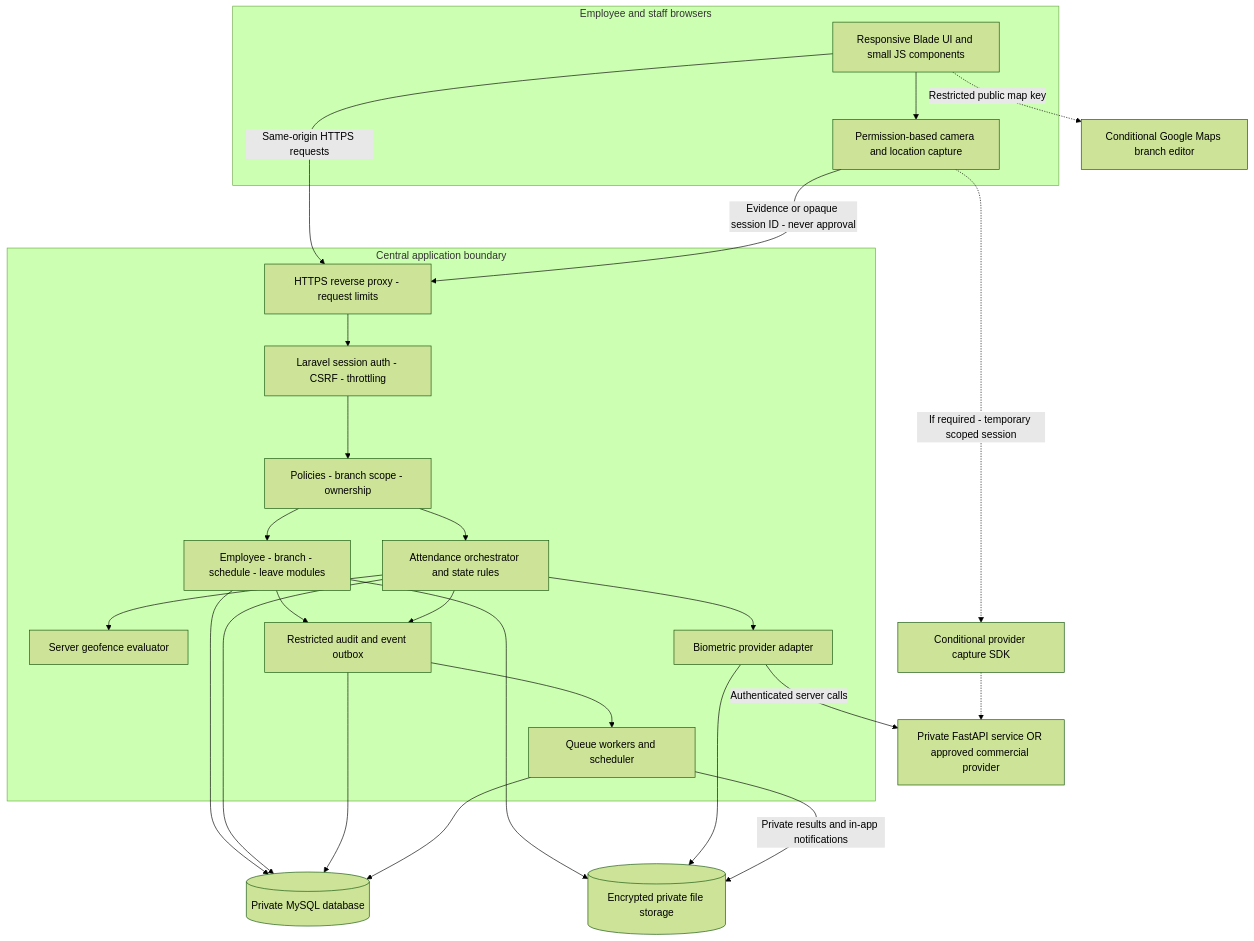
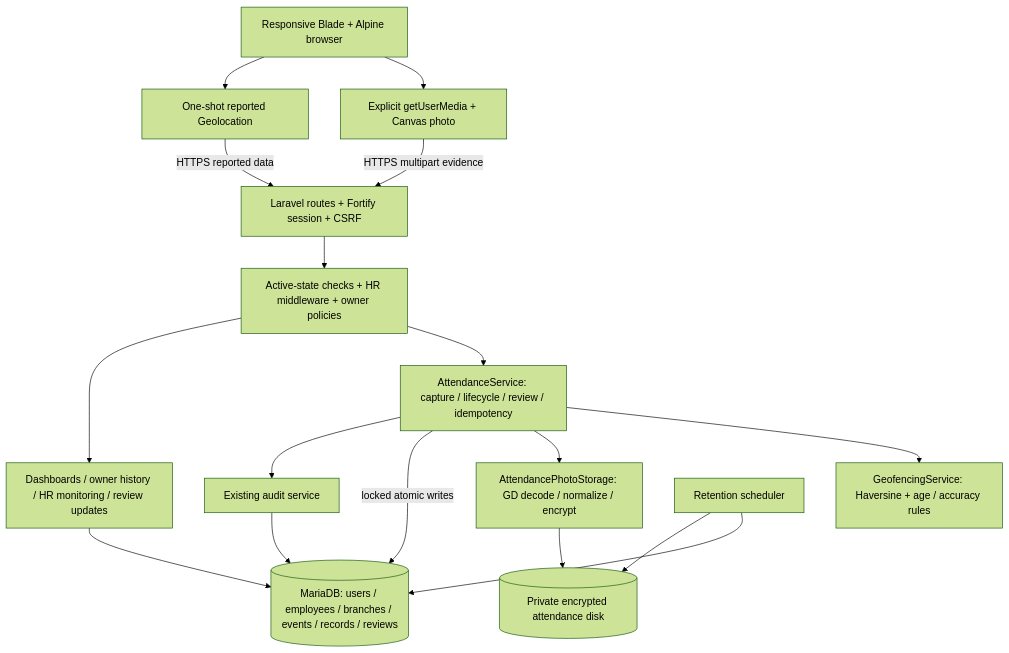
One commit to Xedeusz/Attendance_System changed the diagram in docs/SYSTEM_BLUEPRINT.md. Above: the diagram before and after it, drawn with Mermaid (forest theme). The commit also changed other lines of this file and 155 other files, not shown here.

````diff
--- a/docs/SYSTEM_BLUEPRINT.md
+++ b/docs/SYSTEM_BLUEPRINT.md
@@ -51,45 +68,28 @@
 ```mermaid
-flowchart TB
-    subgraph Devices[Employee and staff browsers]
-        UI[Responsive Blade UI and small JS components]
-        CAP[Permission-based camera and location capture]
-        UI --> CAP
-    end
-    subgraph App[Central application boundary]
-        EDGE[HTTPS reverse proxy - request limits]
-        AUTH[Laravel session auth - CSRF - throttling]
-        POLICY[Policies - branch scope - ownership]
-        CORE[Employee - branch - schedule - leave modules]
-        ATT[Attendance orchestrator and state rules]
-        GEO[Server geofence evaluator]
-        BIO[Biometric provider adapter]
-        AUD[Restricted audit and event outbox]
-        JOB[Queue workers and scheduler]
-        EDGE --> AUTH --> POLICY
-        POLICY --> CORE
-        POLICY --> ATT
-        ATT --> GEO
-        ATT --> BIO
-        CORE --> AUD
-        ATT --> AUD
-        AUD --> JOB
-    end
-    DB[(Private MySQL database)]
-    STORE[(Encrypted private file storage)]
-    BP[Private FastAPI service OR approved commercial provider]
-    SDK[Conditional provider capture SDK]
-    MAP[Conditional Google Maps branch editor]
-    UI -->|Same-origin HTTPS requests| EDGE
-    CAP -->|Evidence or opaque session ID - never approval| EDGE
-    CORE --> DB
-    ATT --> DB
-    AUD --> DB
-    JOB --> DB
-    CORE --> STORE
-    BIO --> STORE
-    BIO -->|Authenticated server calls| BP
-    CAP -.->|If required - temporary scoped session| SDK
-    SDK -.-> BP
-    UI -.->|Restricted public map key| MAP
-    JOB -->|Private results and in-app notifications| STORE
+flowchart TD
+    Browser[Responsive Blade + Alpine browser]
+    Camera[Explicit getUserMedia + Canvas photo]
+    GPS[One-shot reported Geolocation]
+    Web[Laravel routes + Fortify session + CSRF]
+    Auth[Active-state checks + HR middleware + owner policies]
+    Service[AttendanceService: capture / lifecycle / review / idempotency]
+    Geo[GeofencingService: Haversine + age / accuracy rules]
+    Photos[AttendancePhotoStorage: GD decode / normalize / encrypt]
+    DB[(MariaDB: users / employees / branches / events / records / reviews)]
+    Disk[(Private encrypted attendance disk)]
+    Audit[Existing audit service]
+    Query[Dashboards / owner history / HR monitoring / review updates]
+    Scheduler[Retention scheduler]
+    Browser --> Camera
+    Browser --> GPS
+    Camera -->|HTTPS multipart evidence| Web
+    GPS -->|HTTPS reported data| Web
+    Web --> Auth --> Service
+    Service --> Geo
+    Service --> Photos --> Disk
+    Service -->|locked atomic writes| DB
+    Service --> Audit --> DB
+    Auth --> Query --> DB
+    Scheduler --> DB
+    Scheduler --> Disk
 ```
````
